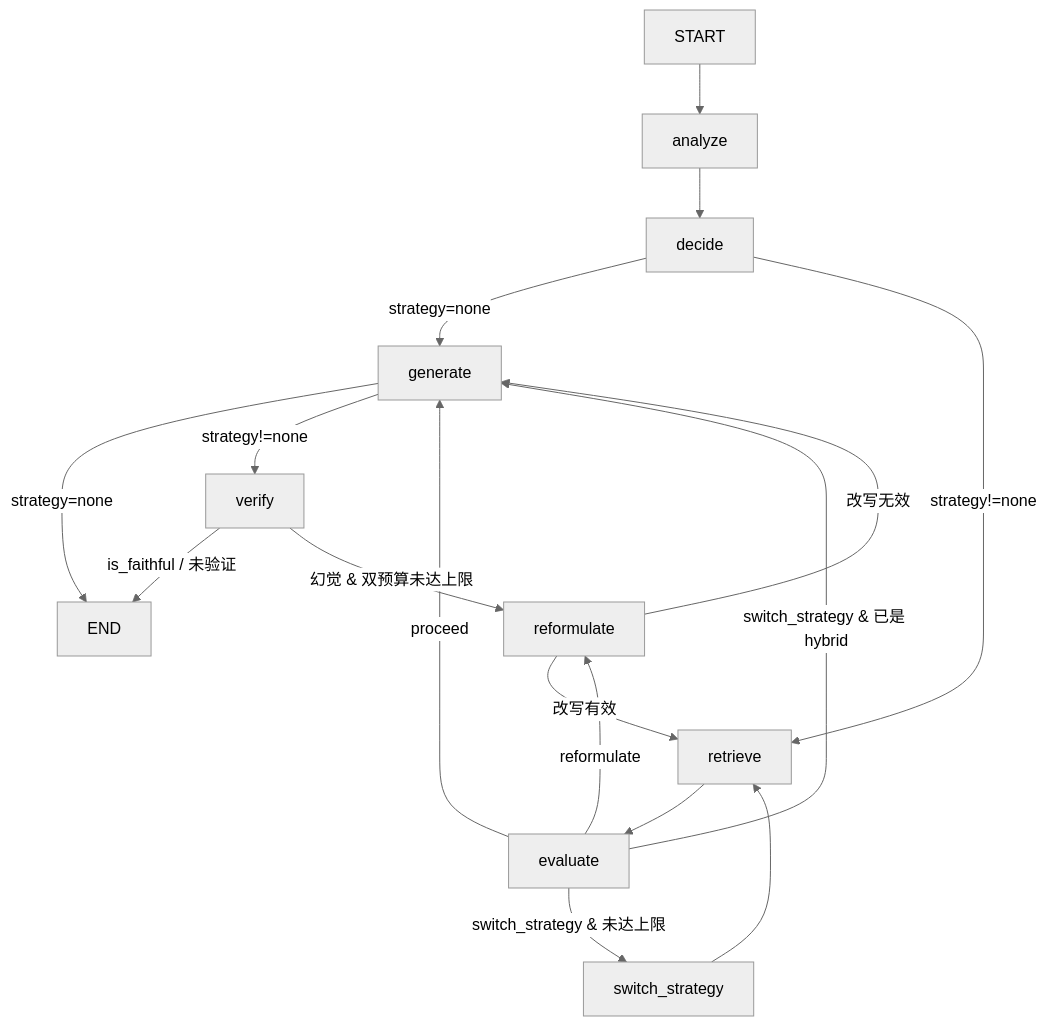
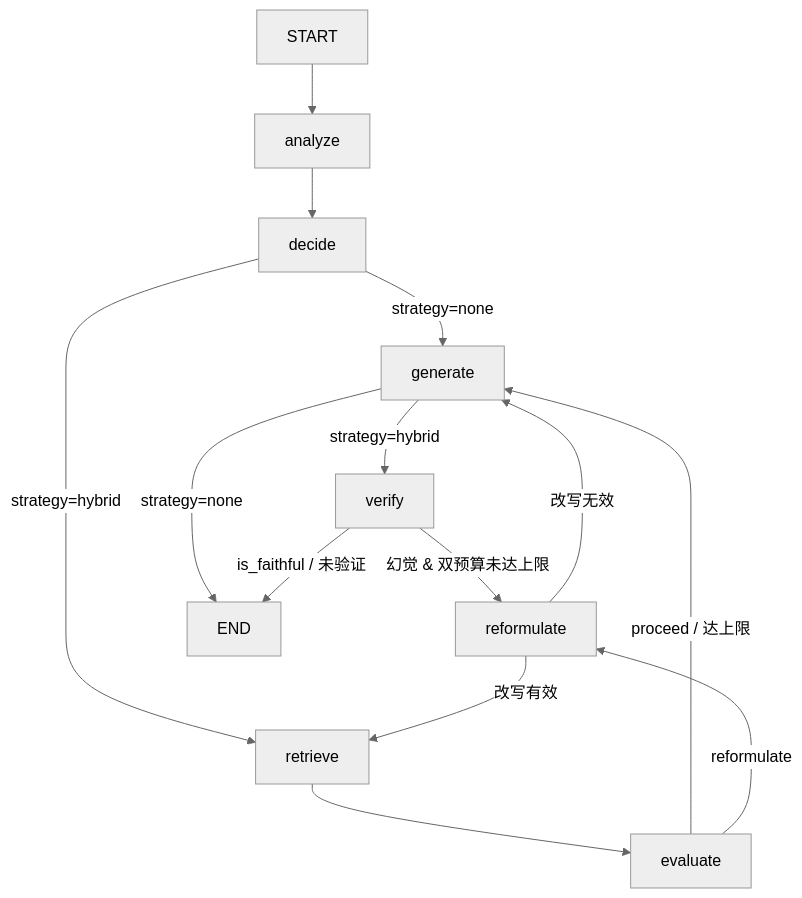
One commit to yyc2417/RAGForge changed the first of 2 diagrams in docs/modules/agent.md. Above: the diagram before and after it, drawn with Mermaid (neutral theme). The commit also changed other lines of this file and 7 other files, not shown here.

````diff
--- a/docs/modules/agent.md
+++ b/docs/modules/agent.md
@@ -50,19 +52,16 @@
 ```mermaid
 graph TD
     START --> Analyze[analyze]
     Analyze --> Decide[decide]
     Decide -->|strategy=none| Generate[generate]
-    Decide -->|strategy!=none| Retrieve[retrieve]
+    Decide -->|strategy=hybrid| Retrieve[retrieve]
     Retrieve --> Evaluate[evaluate]
-    Evaluate -->|proceed| Generate
-    Evaluate -->|switch_strategy & 未达上限| Switch[switch_strategy]
-    Evaluate -->|switch_strategy & 已是 hybrid| Generate
+    Evaluate -->|proceed / 达上限| Generate
     Evaluate -->|reformulate| Reformulate[reformulate]
-    Switch --> Retrieve
     Reformulate -->|改写有效| Retrieve
     Reformulate -->|改写无效| Generate
     Generate -->|strategy=none| END
-    Generate -->|strategy!=none| Verify[verify]
+    Generate -->|strategy=hybrid| Verify[verify]
     Verify -->|is_faithful / 未验证| END
     Verify -->|幻觉 & 双预算未达上限| Reformulate
 ```
````
